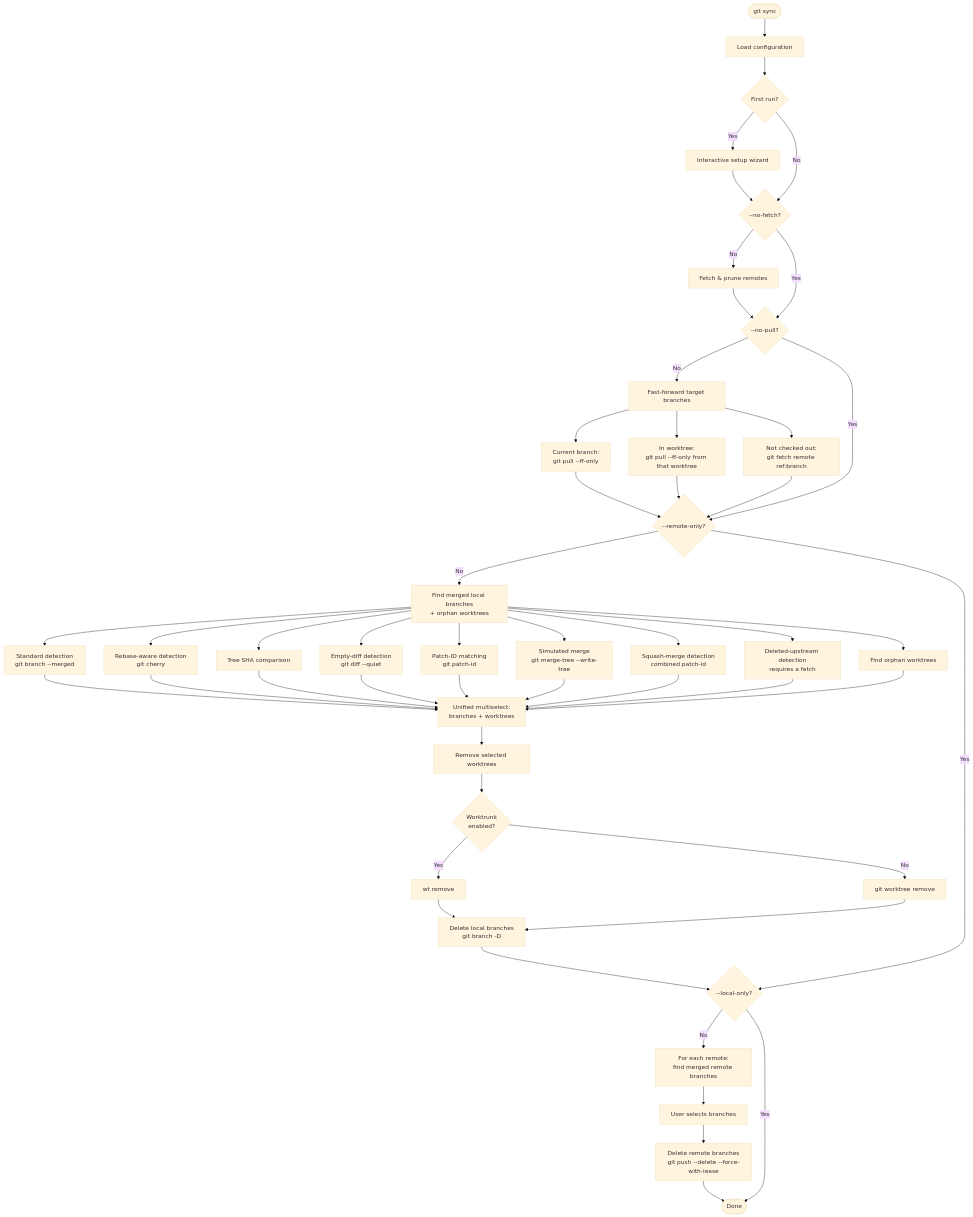
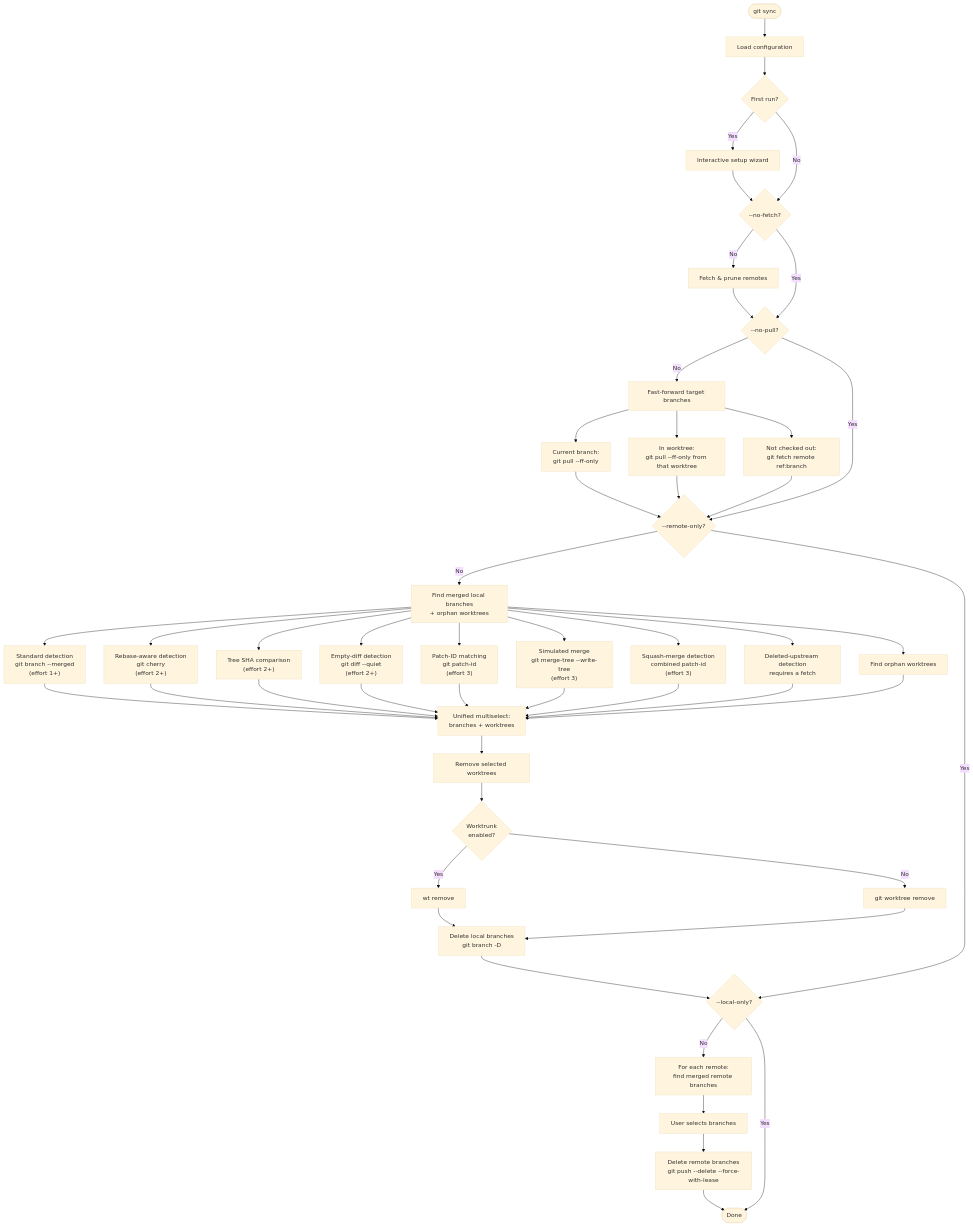
The diagram in README.md (noirbizarre/git-synchronizer), drawn with Mermaid (base theme) before and after one commit. The commit also changed other lines of this file and 6 other files, not shown here.

Commit message:
feat(branches): add effort levels for merge detection (#58)

````diff
--- a/README.md
+++ b/README.md
@@ -322,61 +343,61 @@
 ```mermaid
 flowchart TD
     Start([git sync]) --> LoadConfig[Load configuration]
     LoadConfig --> FirstRun{First run?}
     FirstRun -- Yes --> Setup[Interactive setup wizard]
     Setup --> FetchCheck
     FirstRun -- No --> FetchCheck
 
     FetchCheck{--no-fetch?}
     FetchCheck -- No --> Fetch[Fetch & prune remotes]
     Fetch --> PullCheck
     FetchCheck -- Yes --> PullCheck
 
     PullCheck{--no-pull?}
     PullCheck -- No --> Pull[Fast-forward target branches]
     Pull --> PullCurrent[Current branch:\ngit pull --ff-only]
     Pull --> PullWT[In worktree:\ngit pull --ff-only from that worktree]
     Pull --> PullFetch[Not checked out:\ngit fetch remote ref:branch]
     PullCurrent --> LocalCheck
     PullWT --> LocalCheck
     PullFetch --> LocalCheck
     PullCheck -- Yes --> LocalCheck
 
     LocalCheck{--remote-only?}
     LocalCheck -- No --> FindLocal[Find merged local branches\n+ orphan worktrees]
-    FindLocal --> Merged[Standard detection\ngit branch --merged]
-    FindLocal --> Cherry[Rebase-aware detection\ngit cherry]
-    FindLocal --> TreeSHA[Tree SHA comparison]
-    FindLocal --> EmptyDiff[Empty-diff detection\ngit diff --quiet]
-    FindLocal --> PatchID[Patch-ID matching\ngit patch-id]
-    FindLocal --> SimMerge[Simulated merge\ngit merge-tree --write-tree]
-    FindLocal --> Squash[Squash-merge detection\ncombined patch-id]
+    FindLocal --> Merged["Standard detection\ngit branch --merged\n(effort 1+)"]
+    FindLocal --> Cherry["Rebase-aware detection\ngit cherry\n(effort 2+)"]
+    FindLocal --> TreeSHA["Tree SHA comparison\n(effort 2+)"]
+    FindLocal --> EmptyDiff["Empty-diff detection\ngit diff --quiet\n(effort 2+)"]
+    FindLocal --> PatchID["Patch-ID matching\ngit patch-id\n(effort 3)"]
+    FindLocal --> SimMerge["Simulated merge\ngit merge-tree --write-tree\n(effort 3)"]
+    FindLocal --> Squash["Squash-merge detection\ncombined patch-id\n(effort 3)"]
     FindLocal --> GoneUpstream[Deleted-upstream detection\nrequires a fetch]
     FindLocal --> Orphans[Find orphan worktrees]
     Merged --> SelectLocal[Unified multiselect:\nbranches + worktrees]
     Cherry --> SelectLocal
     TreeSHA --> SelectLocal
     EmptyDiff --> SelectLocal
     PatchID --> SelectLocal
     SimMerge --> SelectLocal
     Squash --> SelectLocal
     GoneUpstream --> SelectLocal
     Orphans --> SelectLocal
     SelectLocal --> RemoveWT[Remove selected worktrees]
     RemoveWT --> UseWT{Worktrunk\nenabled?}
     UseWT -- Yes --> WTRemove[wt remove]
     UseWT -- No --> GitWTRemove[git worktree remove]
     WTRemove --> DeleteLocal[Delete local branches\ngit branch -D]
     GitWTRemove --> DeleteLocal
     DeleteLocal --> RemoteCheck
     LocalCheck -- Yes --> RemoteCheck
 
     RemoteCheck{--local-only?}
     RemoteCheck -- No --> FindRemote[For each remote:\nfind merged remote branches]
     FindRemote --> SelectRemote[User selects branches]
     SelectRemote --> DeleteRemote[Delete remote branches\ngit push --delete --force-with-lease]
     DeleteRemote --> Done
     RemoteCheck -- Yes --> Done
 
     Done([Done])
 ```
````
